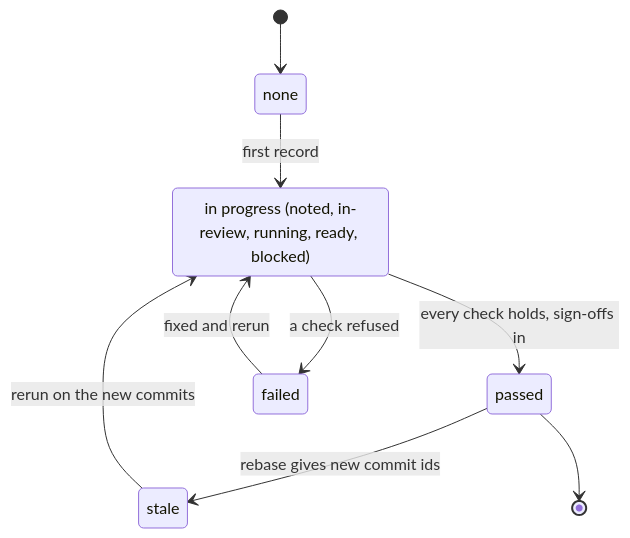
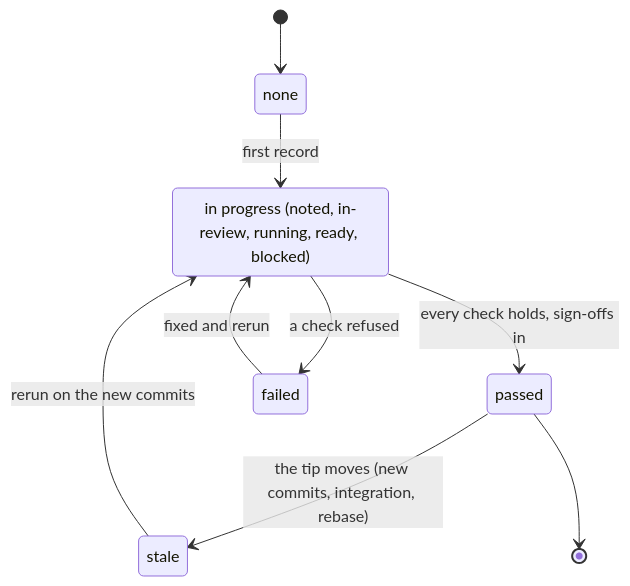
The second of 12 diagrams in docs/diagrams.md (jwhitlow45/agent-pipeline), drawn with Mermaid before and after one commit. The commit also changed other lines of this file and 6 other files, not shown here.

````diff
--- a/docs/diagrams.md
+++ b/docs/diagrams.md
@@ -44,12 +48,12 @@
 ```mermaid
 stateDiagram-v2
     [*] --> none
     none --> inprogress: first record
     inprogress --> passed: every check holds, sign-offs in
     inprogress --> failed: a check refused
     failed --> inprogress: fixed and rerun
-    passed --> stale: rebase gives new commit ids
+    passed --> stale: the tip moves (new commits, integration, rebase)
     stale --> inprogress: rerun on the new commits
     passed --> [*]
     inprogress: in progress (noted, in-review, running, ready, blocked)
 ```
````
